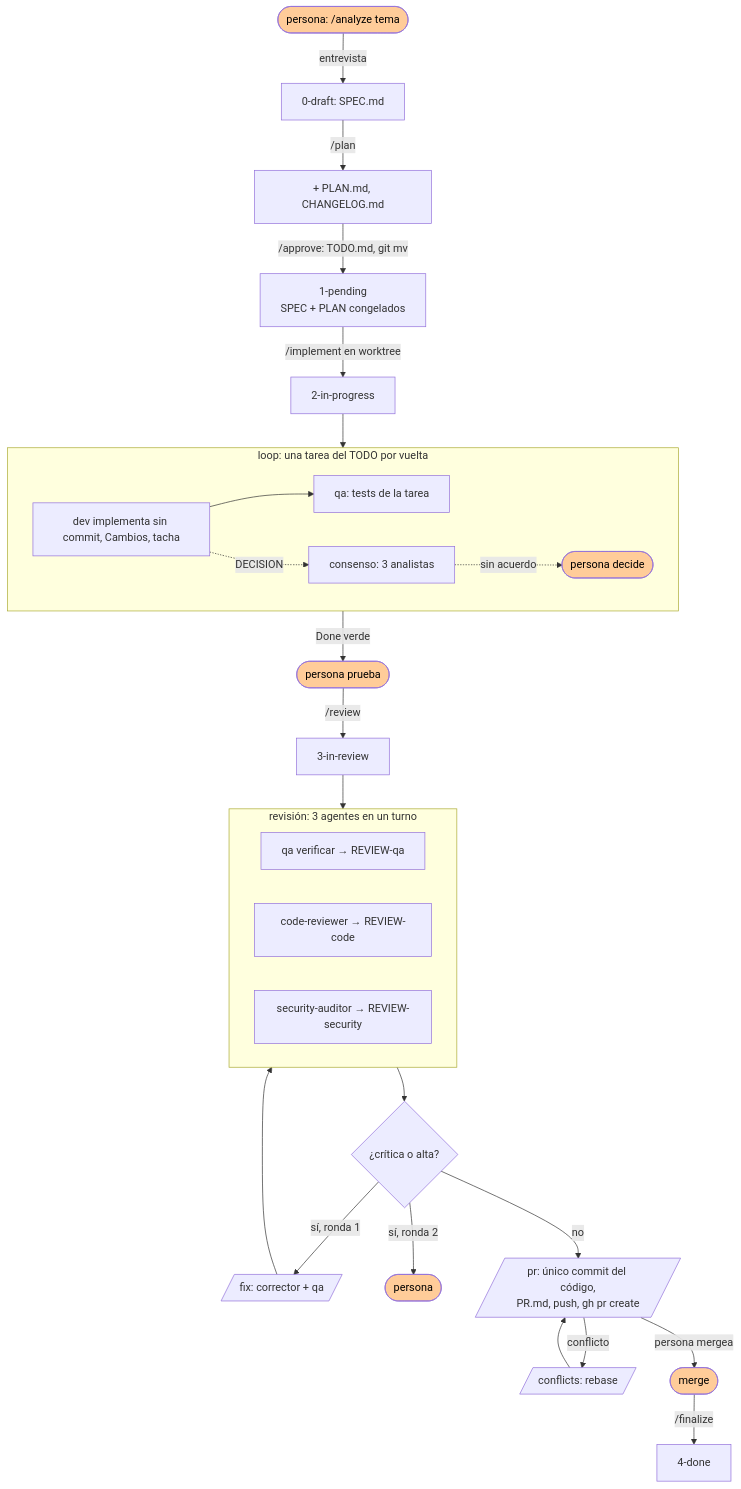
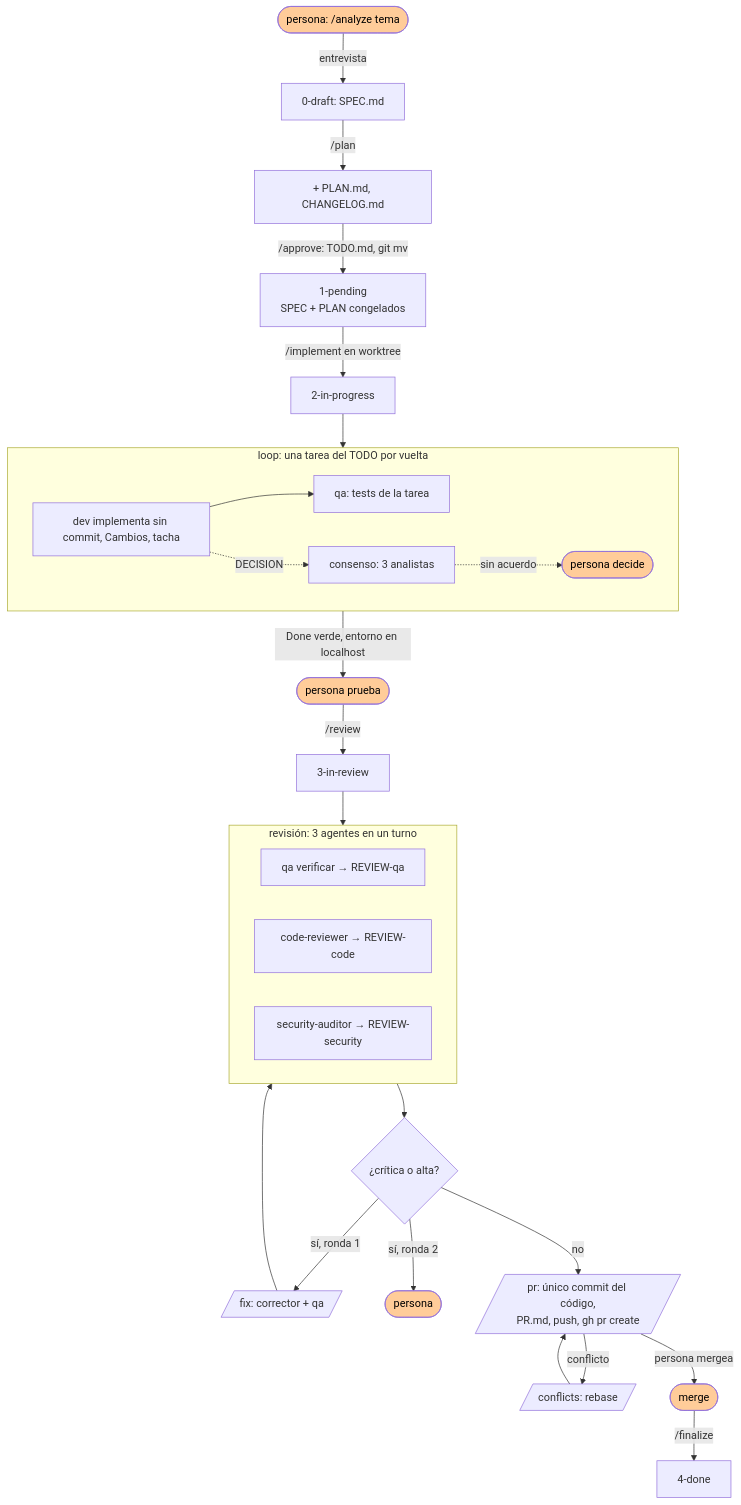
Before and after one commit to octavio-parozlabs/mindstack: the diagram in skills/workflow/SKILL.md, drawn with Mermaid. The commit also changed other lines of this file and 7 other files, not shown here.

````diff
--- a/skills/workflow/SKILL.md
+++ b/skills/workflow/SKILL.md
@@ -60,28 +60,28 @@
 ```mermaid
 flowchart TD
     U0([persona: /analyze tema]) -->|entrevista| S0["0-draft: SPEC.md"]
     S0 -->|/plan| P0["+ PLAN.md, CHANGELOG.md"]
     P0 -->|/approve: TODO.md, git mv| S1["1-pending<br/>SPEC + PLAN congelados"]
     S1 -->|/implement en worktree| S2["2-in-progress"]
     subgraph IMPL["loop: una tarea del TODO por vuelta"]
         D[dev implementa sin commit, Cambios, tacha] --> Q[qa: tests de la tarea]
         D -. DECISION .-> C[consenso: 3 analistas]
         C -. sin acuerdo .-> HU([persona decide])
     end
     S2 --> IMPL
-    IMPL -->|Done verde| PRUEBA([persona prueba])
+    IMPL -->|Done verde, entorno en localhost| PRUEBA([persona prueba])
     PRUEBA -->|/review| S3["3-in-review"]
     subgraph REV["revisión: 3 agentes en un turno"]
         R1[qa verificar → REVIEW-qa]
         R2[code-reviewer → REVIEW-code]
         R3[security-auditor → REVIEW-security]
     end
     S3 --> REV --> H{¿crítica o alta?}
     H -->|sí, ronda 1| CO[/fix: corrector + qa/] --> REV
     H -->|sí, ronda 2| HU2([persona])
     H -->|no| PR[/pr: único commit del código,\nPR.md, push, gh pr create/]
     PR -->|conflicto| CF[/conflicts: rebase/] --> PR
     PR -->|persona mergea| M([merge]) -->|/finalize| S4["4-done"]
     classDef persona fill:#fc9,color:#000
     class U0,PRUEBA,HU,HU2,M persona
 ```
````
